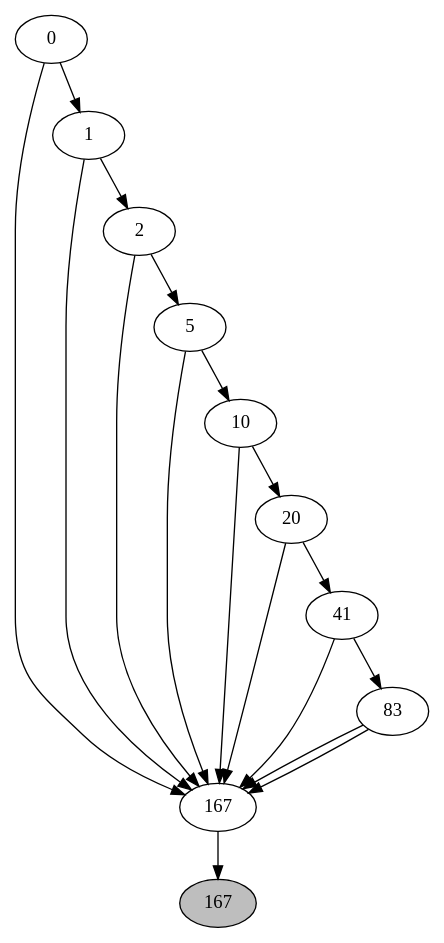
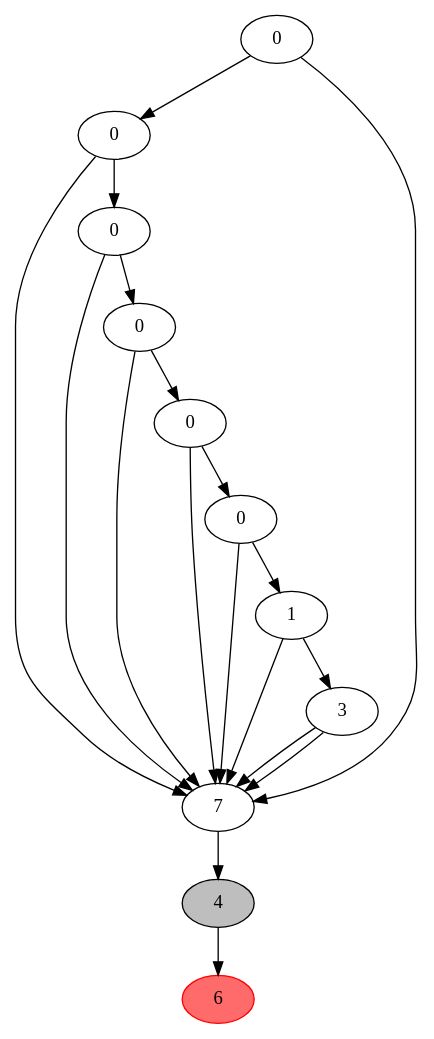
The diagram in demo/resource/image/visualizer.dot (SupurCalvinHiggins/y-fast-trie), drawn with Graphviz before and after one commit. The commit also changed 14 other files, not shown here.

```diff
--- a/demo/resource/image/visualizer.dot
+++ b/demo/resource/image/visualizer.dot
@@ -1,43 +1,45 @@
 digraph {
 	node[style=filled, fillcolor=white];
-	n0x600000506640 -> n0x6000005019c0
-	n0x600000506640 -> n0x600000578e20
-	n0x600000506640[label="0"]
-	{rank = same; n0x600000506640; }
-	n0x600000578e20 -> n0x600000501940
-	n0x600000578e20 -> n0x6000005019c0
-	n0x600000578e20[label="1"]
-	{rank = same; n0x600000578e20; }
-	n0x600000501940 -> n0x6000005019c0
-	n0x600000501940 -> n0x600000514060
-	n0x600000501940[label="2"]
-	{rank = same; n0x600000501940; }
-	n0x600000514060 -> n0x600000506c20
-	n0x600000514060 -> n0x6000005019c0
-	n0x600000514060[label="5"]
-	{rank = same; n0x600000514060; }
-	n0x600000506c20 -> n0x600000506b20
-	n0x600000506c20 -> n0x6000005019c0
-	n0x600000506c20[label="10"]
-	{rank = same; n0x600000506c20; }
-	n0x600000506b20 -> n0x6000005019c0
-	n0x600000506b20 -> n0x600000578ec0
-	n0x600000506b20[label="20"]
-	{rank = same; n0x600000506b20; }
-	n0x600000578ec0 -> n0x6000005019c0
-	n0x600000578ec0 -> n0x600000517da0
-	n0x600000578ec0[label="41"]
-	{rank = same; n0x600000578ec0; }
-	n0x600000517da0 -> n0x6000005019c0
-	n0x600000517da0 -> n0x6000005019c0
-	n0x600000517da0[label="83"]
-	{rank = same; n0x600000517da0; }
-	n0x6000005019c0[label="167"]
-	{rank = same; n0x6000005019c0; }
-n0x6000005019c0 -> n0x600000506be0;
-subgraph RBTree0x600000506be0 {
+	n0x60000170da00 -> n0x600001763e40
+	n0x60000170da00 -> n0x600001758080
+	n0x60000170da00[label="0"]
+	{rank = same; n0x60000170da00; }
+	n0x600001763e40 -> n0x600001762d40
+	n0x600001763e40 -> n0x600001758080
+	n0x600001763e40[label="0"]
+	{rank = same; n0x600001763e40; }
+	n0x600001762d40 -> n0x600001763460
+	n0x600001762d40 -> n0x600001758080
+	n0x600001762d40[label="0"]
+	{rank = same; n0x600001762d40; }
+	n0x600001763460 -> n0x600001776c80
+	n0x600001763460 -> n0x600001758080
+	n0x600001763460[label="0"]
+	{rank = same; n0x600001763460; }
+	n0x600001776c80 -> n0x600001764f20
+	n0x600001776c80 -> n0x600001758080
+	n0x600001776c80[label="0"]
+	{rank = same; n0x600001776c80; }
+	n0x600001764f20 -> n0x600001758080
+	n0x600001764f20 -> n0x600001762ce0
+	n0x600001764f20[label="0"]
+	{rank = same; n0x600001764f20; }
+	n0x600001762ce0 -> n0x600001758080
+	n0x600001762ce0 -> n0x600001760880
+	n0x600001762ce0[label="1"]
+	{rank = same; n0x600001762ce0; }
+	n0x600001760880 -> n0x600001758080
+	n0x600001760880 -> n0x600001758080
+	n0x600001760880[label="3"]
+	{rank = same; n0x600001760880; }
+	n0x600001758080[label="7"]
+	{rank = same; n0x600001758080; }
+n0x600001758080 -> n0x600001776fe0;
+subgraph RBTree0x600001776fe0 {
 
-	n0x600000506be0 [label="167", color=black, fillcolor="#bebebe", style=filled];
+	n0x600001776fe0 [label="4", color=black, fillcolor="#bebebe", style=filled];
+	n0x600001760e00 [label="6", color=red, fillcolor="#ff6a6a", style=filled];
+	n0x600001776fe0 -> {n0x600001760e00};
 
 }
 }
```
